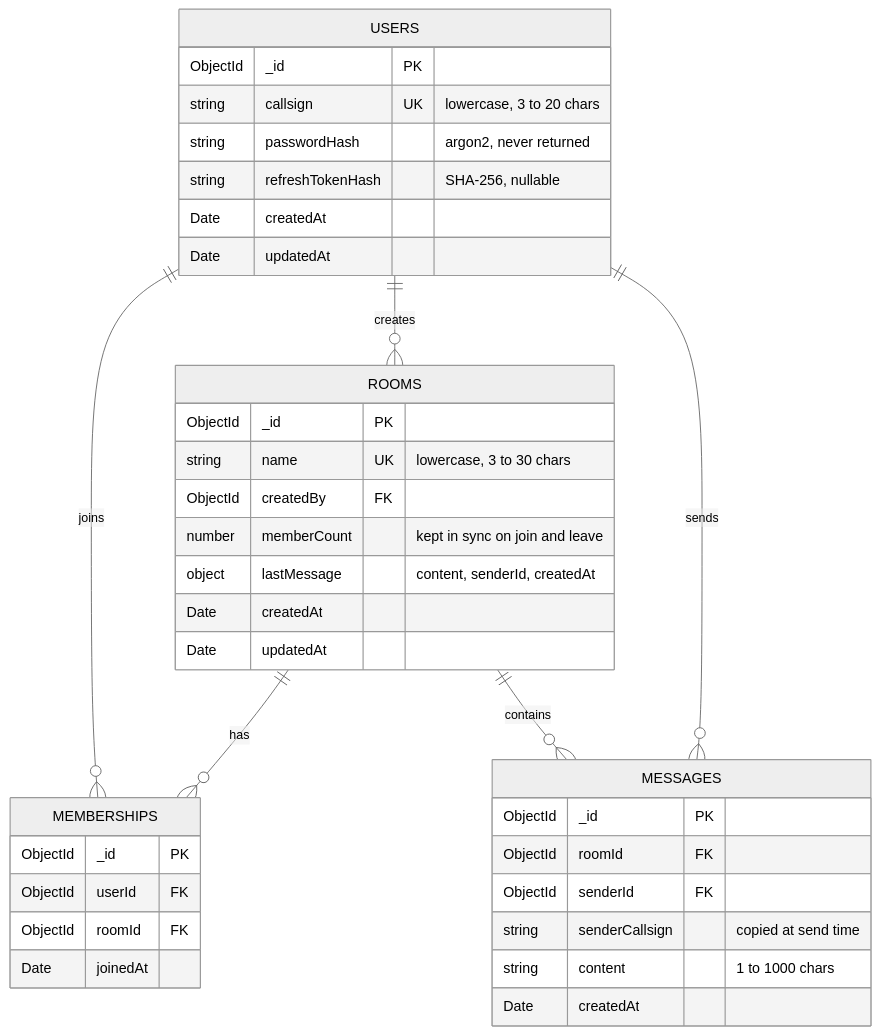
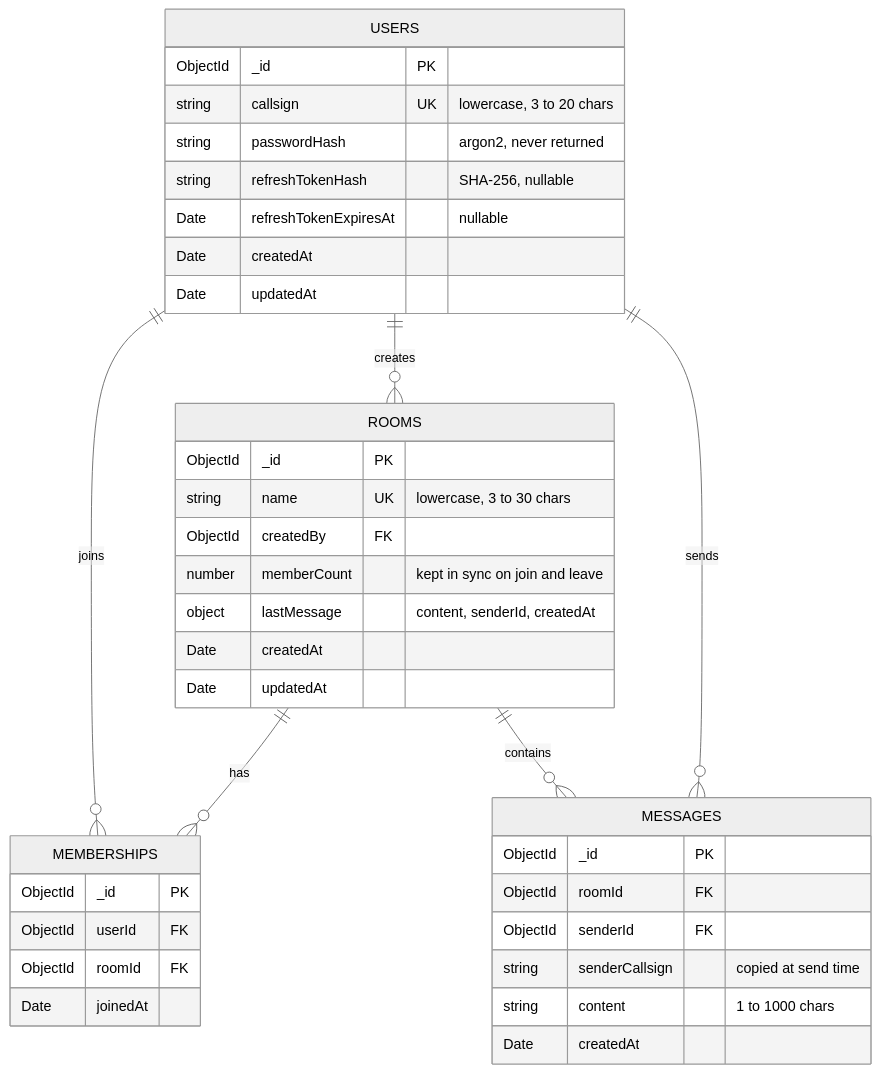
One commit to PenuAndreea/callsign changed the diagram in README.md. Above: the diagram before and after it, drawn with Mermaid (neutral theme). The commit also changed other lines of this file and 10 other files, not shown here.

Commit message:
feat(api): users module (schema w unique callsign & refresh-token indexes, UsersService, toUserDto)

````diff
--- a/README.md
+++ b/README.md
@@ -119,43 +119,44 @@
 ```mermaid
 erDiagram
   USERS ||--o{ MEMBERSHIPS : joins
   ROOMS ||--o{ MEMBERSHIPS : has
   USERS ||--o{ ROOMS : creates
   ROOMS ||--o{ MESSAGES : contains
   USERS ||--o{ MESSAGES : sends
 
   USERS {
     ObjectId _id PK
     string callsign UK "lowercase, 3 to 20 chars"
     string passwordHash "argon2, never returned"
     string refreshTokenHash "SHA-256, nullable"
+    Date refreshTokenExpiresAt "nullable"
     Date createdAt
     Date updatedAt
   }
 
   ROOMS {
     ObjectId _id PK
     string name UK "lowercase, 3 to 30 chars"
     ObjectId createdBy FK
     number memberCount "kept in sync on join and leave"
     object lastMessage "content, senderId, createdAt"
     Date createdAt
     Date updatedAt
   }
 
   MEMBERSHIPS {
     ObjectId _id PK
     ObjectId userId FK
     ObjectId roomId FK
     Date joinedAt
   }
 
   MESSAGES {
     ObjectId _id PK
     ObjectId roomId FK
     ObjectId senderId FK
     string senderCallsign "copied at send time"
     string content "1 to 1000 chars"
     Date createdAt
   }
 ```
````
